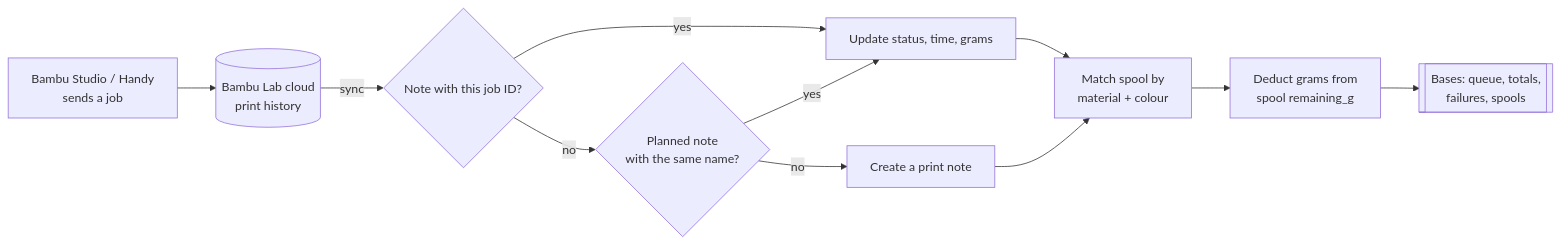
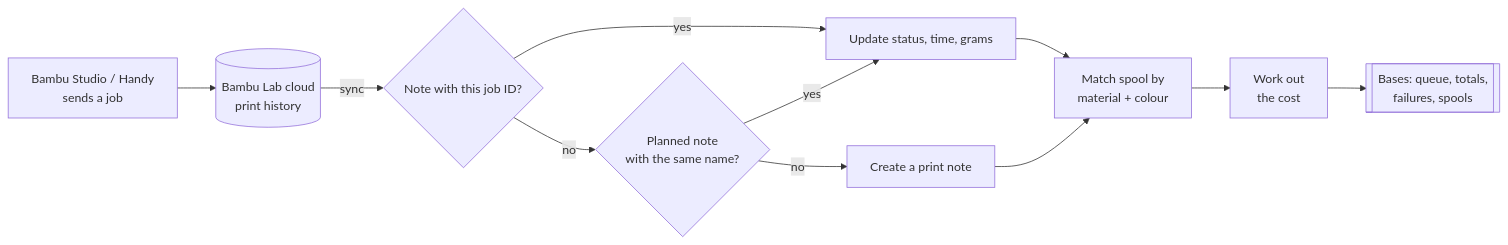
One commit to grissspy/obsidian-bambu-print-sync changed the diagram in README.md. Above: the diagram before and after it, drawn with Mermaid. The commit also changed other lines of this file and 7 other files, not shown here.

Commit message:
Drop spool remaining tracking; planned MakerWorld models get weight, time and cost from the model page (0.9.4)

````diff
--- a/README.md
+++ b/README.md
@@ -58,13 +58,13 @@
 ```mermaid
 flowchart LR
     A[Bambu Studio / Handy<br/>sends a job] --> B[(Bambu Lab cloud<br/>print history)]
     B -- sync --> C{Note with this job ID?}
     C -- yes --> D[Update status, time, grams]
     C -- no --> E{Planned note<br/>with the same name?}
     E -- yes --> D
     E -- no --> F[Create a print note]
     D --> G[Match spool by<br/>material + colour]
     F --> G
-    G --> H[Deduct grams from<br/>spool remaining_g]
+    G --> H[Work out<br/>the cost]
     H --> I[[Bases: queue, totals,<br/>failures, spools]]
 ```
````
